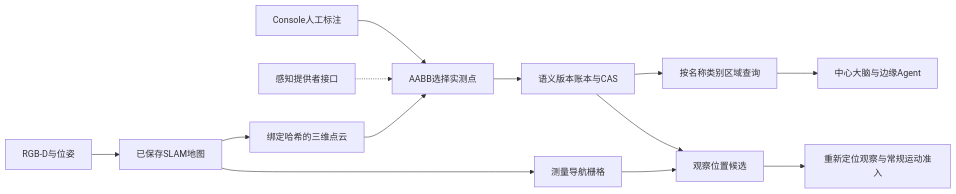
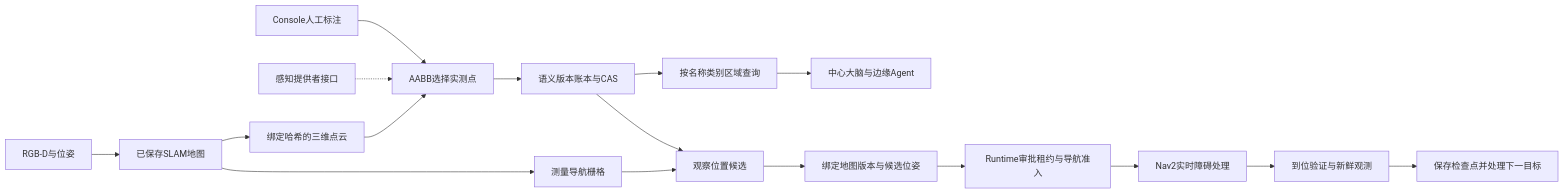
One commit to SUSTechWLA/tangying-robot-agent-os changed the diagram in docs/guides/semantic-point-cloud.md. Above: the diagram before and after it, drawn with Mermaid. The commit also changed other lines of this file and 45 other files, not shown here.

````diff
--- a/docs/guides/semantic-point-cloud.md
+++ b/docs/guides/semantic-point-cloud.md
@@ -15,15 +15,19 @@
 ```mermaid
 flowchart LR
   RGBD[RGB-D与位姿] --> SLAM[已保存SLAM地图]
   SLAM --> CLOUD[绑定哈希的三维点云]
   SLAM --> GRID[测量导航栅格]
   HUMAN[Console人工标注] --> SELECT[AABB选择实测点]
   PROVIDER[感知提供者接口] -.-> SELECT
   CLOUD --> SELECT
   SELECT --> LEDGER[语义版本账本与CAS]
   LEDGER --> QUERY[按名称类别区域查询]
   QUERY --> AGENT[中心大脑与边缘Agent]
   LEDGER --> PLAN[观察位置候选]
   GRID --> PLAN
-  PLAN --> CHECK[重新定位观察与常规运动准入]
+  PLAN --> BIND[绑定地图版本与候选位姿]
+  BIND --> CHECK[Runtime审批租约与导航准入]
+  CHECK --> NAV[Nav2实时障碍处理]
+  NAV --> VERIFY[到位验证与新鲜观测]
+  VERIFY --> NEXT[保存检查点并处理下一目标]
 ```
````
